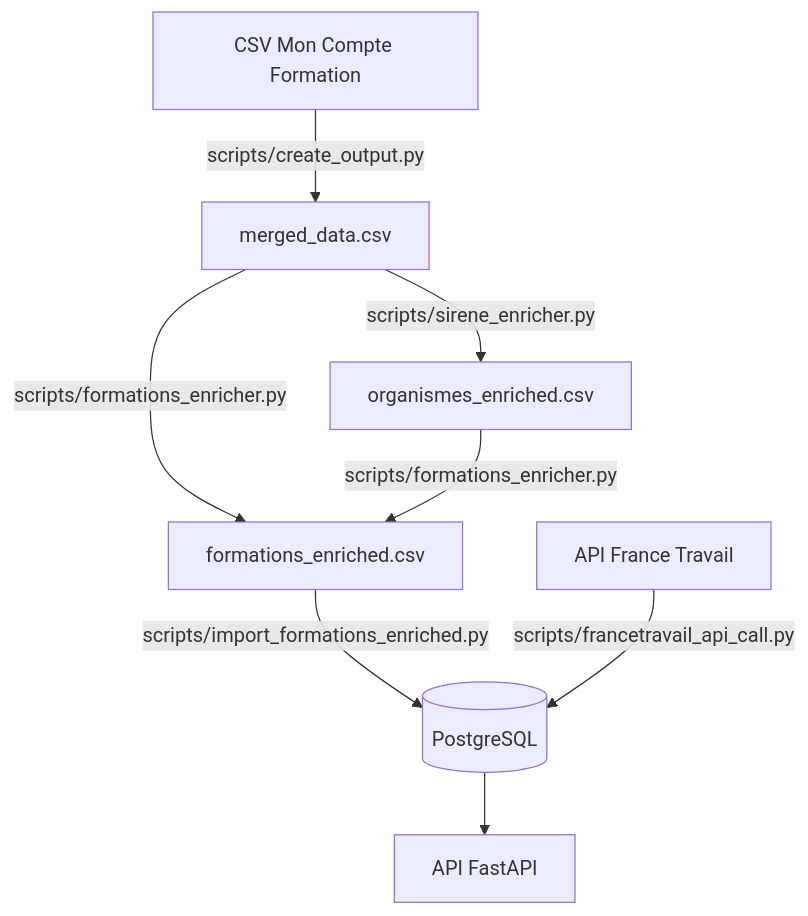
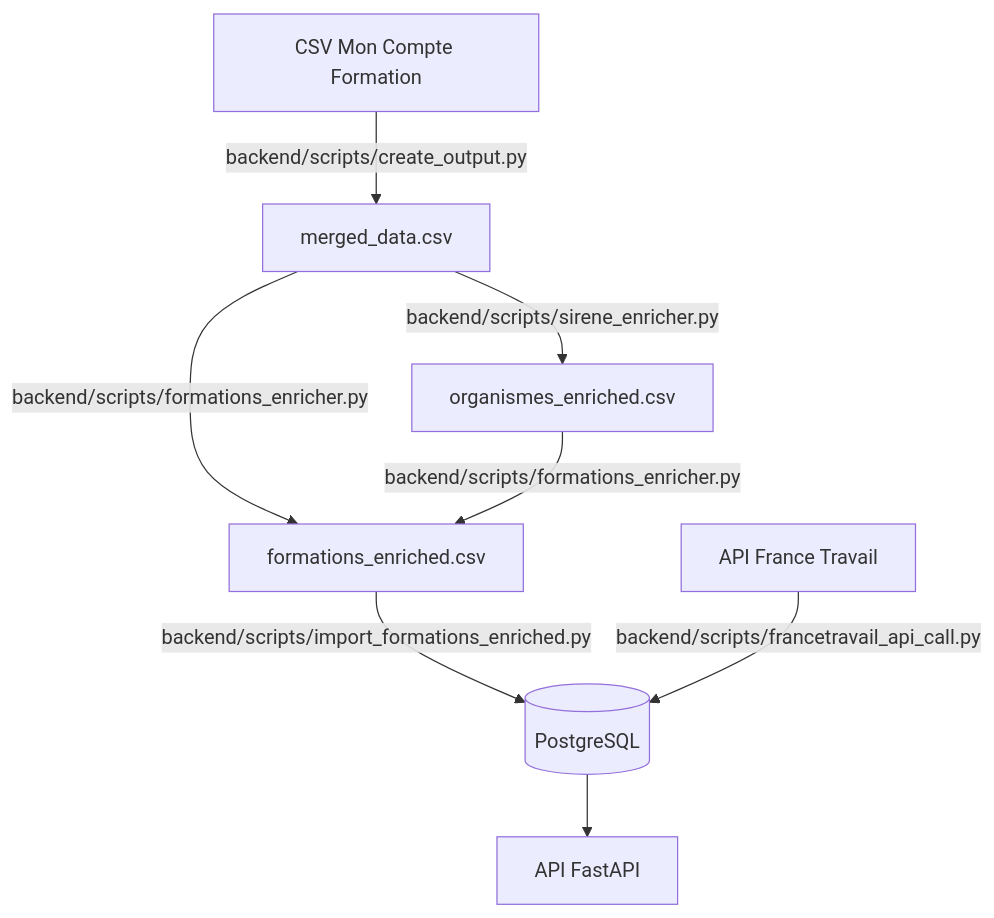
One commit to cmoileboss/observia-emploi changed the second of 5 diagrams in README.md. Above: the diagram before and after it, drawn with Mermaid. The commit also changed other lines of this file, not shown here.

Commit message:
refactor: move backend scripts to internal directory and make ROME classification an optional, separate enrichment step

````diff
--- a/README.md
+++ b/README.md
@@ -198,11 +197,11 @@
 ```mermaid
 flowchart TD
-    MCF[CSV Mon Compte Formation] -->|scripts/create_output.py| Merged[merged_data.csv]
-    Merged -->|scripts/sirene_enricher.py| Org[organismes_enriched.csv]
-    Merged -->|scripts/formations_enricher.py| Form[formations_enriched.csv]
-    Org -->|scripts/formations_enricher.py| Form
-    Form -->|scripts/import_formations_enriched.py| DB[(PostgreSQL)]
+    MCF[CSV Mon Compte Formation] -->|backend/scripts/create_output.py| Merged[merged_data.csv]
+    Merged -->|backend/scripts/sirene_enricher.py| Org[organismes_enriched.csv]
+    Merged -->|backend/scripts/formations_enricher.py| Form[formations_enriched.csv]
+    Org -->|backend/scripts/formations_enricher.py| Form
+    Form -->|backend/scripts/import_formations_enriched.py| DB[(PostgreSQL)]
 
-    FT[API France Travail] -->|scripts/francetravail_api_call.py| DB
+    FT[API France Travail] -->|backend/scripts/francetravail_api_call.py| DB
     DB --> API[API FastAPI]
 ```
````
